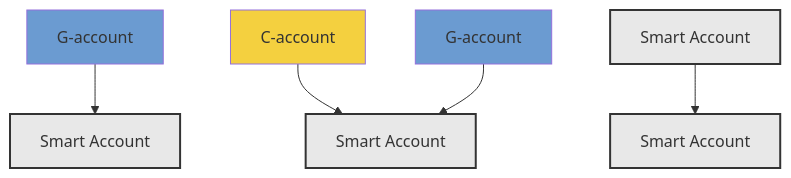
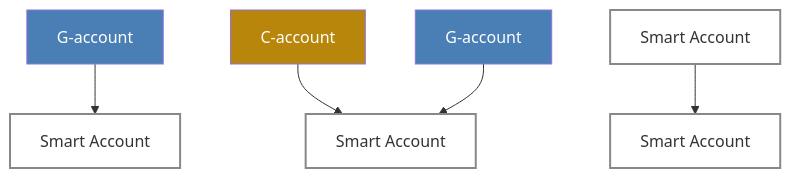
One commit to OpenZeppelin/docs changed the first of 3 diagrams in content/stellar-contracts/accounts/signers-and-verifiers.mdx. Above: the diagram before and after it, drawn with Mermaid. The commit also changed other lines of this file and 2 other files, not shown here.

Commit message:
mermaid colors and content

````diff
--- a/content/stellar-contracts/accounts/signers-and-verifiers.mdx
+++ b/content/stellar-contracts/accounts/signers-and-verifiers.mdx
@@ -27,23 +27,23 @@
 ```mermaid
 graph TD
     G1[G-account]
     G2[G-account]
     C1[C-account]
     SA1[Smart Account]
     SA2[Smart Account]
     SA3[Smart Account]
     SA4[Smart Account]
     
     G1 --> SA1
     SA3 --> SA4
     C1 --> SA2
     G2 --> SA2
     
-    style G1 fill:#6B9BD1
-    style G2 fill:#6B9BD1
-    style C1 fill:#F4D03F
-    style SA1 fill:#E8E8E8,stroke:#333,stroke-width:2px
-    style SA2 fill:#E8E8E8,stroke:#333,stroke-width:2px
-    style SA3 fill:#E8E8E8,stroke:#333,stroke-width:2px
-    style SA4 fill:#E8E8E8,stroke:#333,stroke-width:2px
+    style G1 fill:#4A7FB5,color:#fff
+    style G2 fill:#4A7FB5,color:#fff
+    style C1 fill:#B8860B,color:#fff
+    style SA1 fill:transparent,stroke:#888,stroke-width:2px
+    style SA2 fill:transparent,stroke:#888,stroke-width:2px
+    style SA3 fill:transparent,stroke:#888,stroke-width:2px
+    style SA4 fill:transparent,stroke:#888,stroke-width:2px
 ```
````
